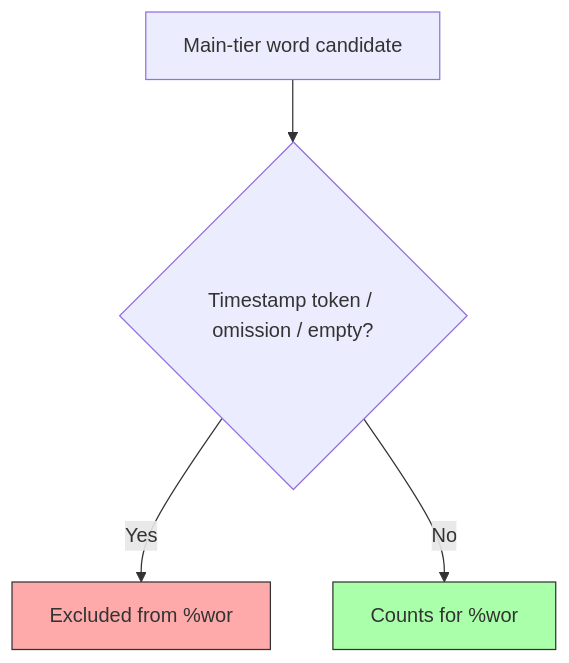
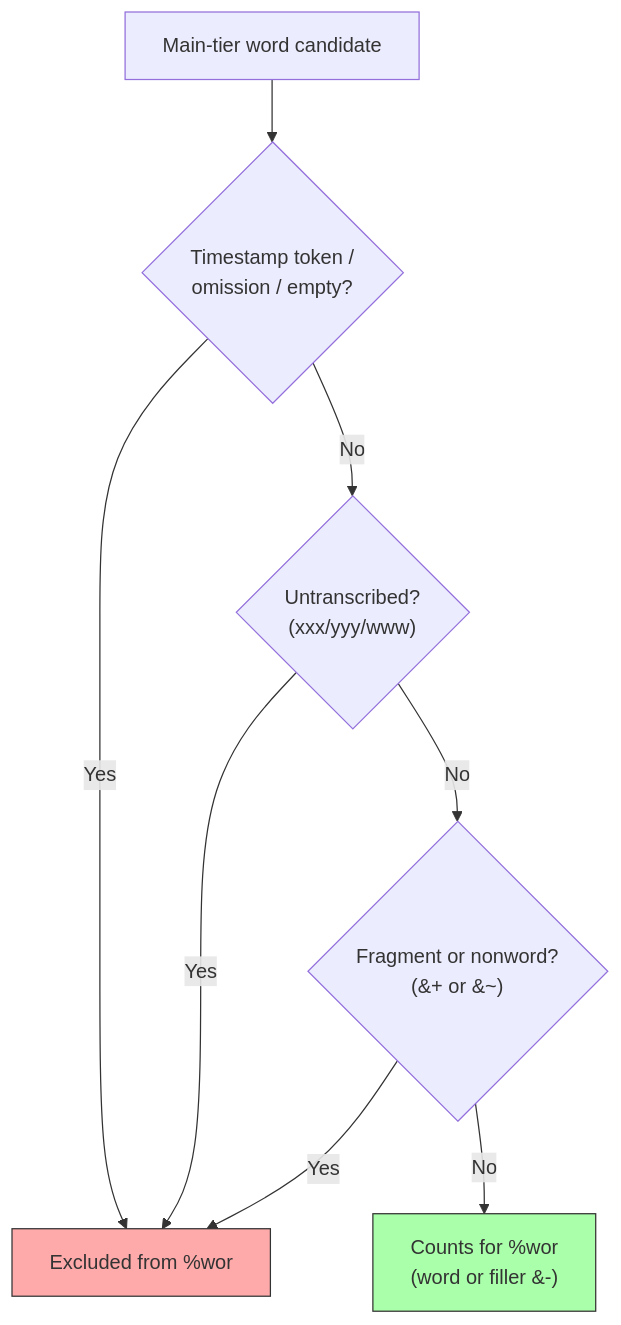
One commit to TalkBank/talkbank-tools changed the diagram in book/src/chat-format/dependent-tiers.md. Above: the diagram before and after it, drawn with Mermaid. The commit also changed other lines of this file and 6 other files, not shown here.

````diff
--- a/book/src/chat-format/dependent-tiers.md
+++ b/book/src/chat-format/dependent-tiers.md
@@ -124,9 +133,13 @@
 ```mermaid
 flowchart TD
-    A["Main-tier word candidate"] --> B{"Timestamp token / omission / empty?"}
+    A["Main-tier word candidate"] --> B{"Timestamp token /\nomission / empty?"}
     B -->|Yes| OUT["Excluded from %wor"]
-    B -->|No| IN["Counts for %wor"]
+    B -->|No| C{"Untranscribed?\n(xxx/yyy/www)"}
+    C -->|Yes| OUT
+    C -->|No| D{"Fragment or nonword?\n(&+ or &~)"}
+    D -->|Yes| OUT
+    D -->|No| IN["Counts for %wor\n(word or filler &-)"]
 
     style IN fill:#afa,stroke:#333
     style OUT fill:#faa,stroke:#333
 ```
````
